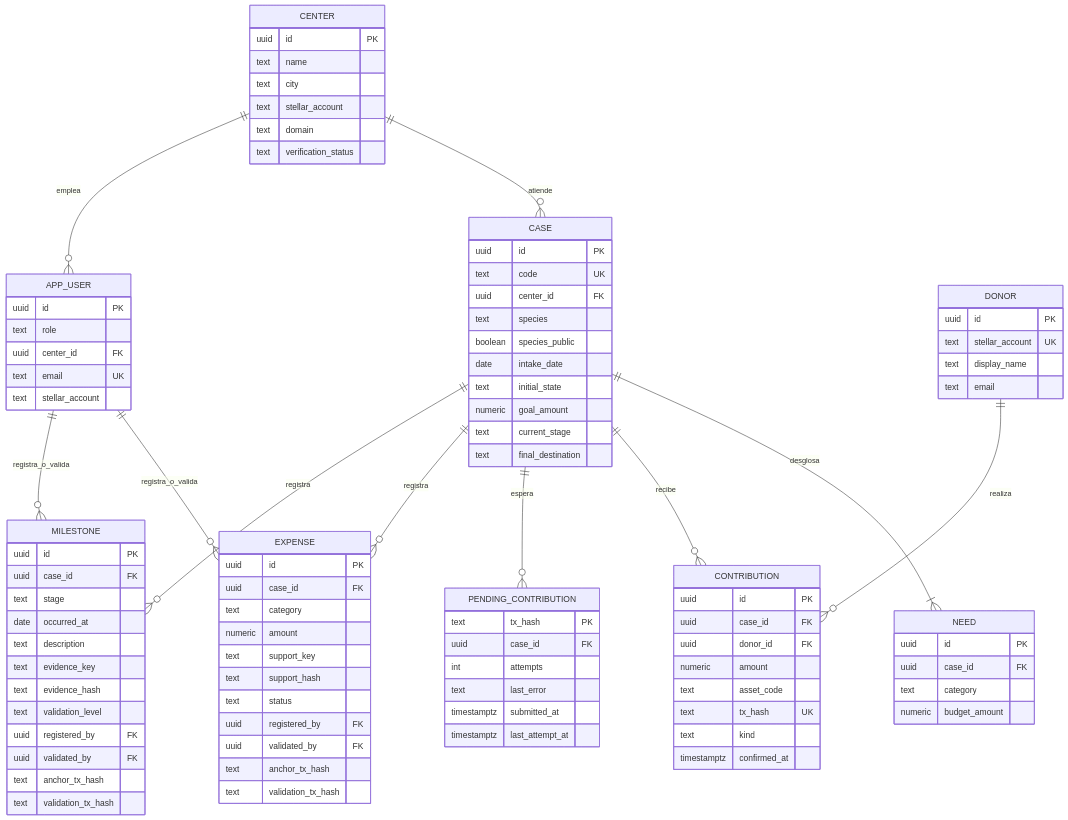
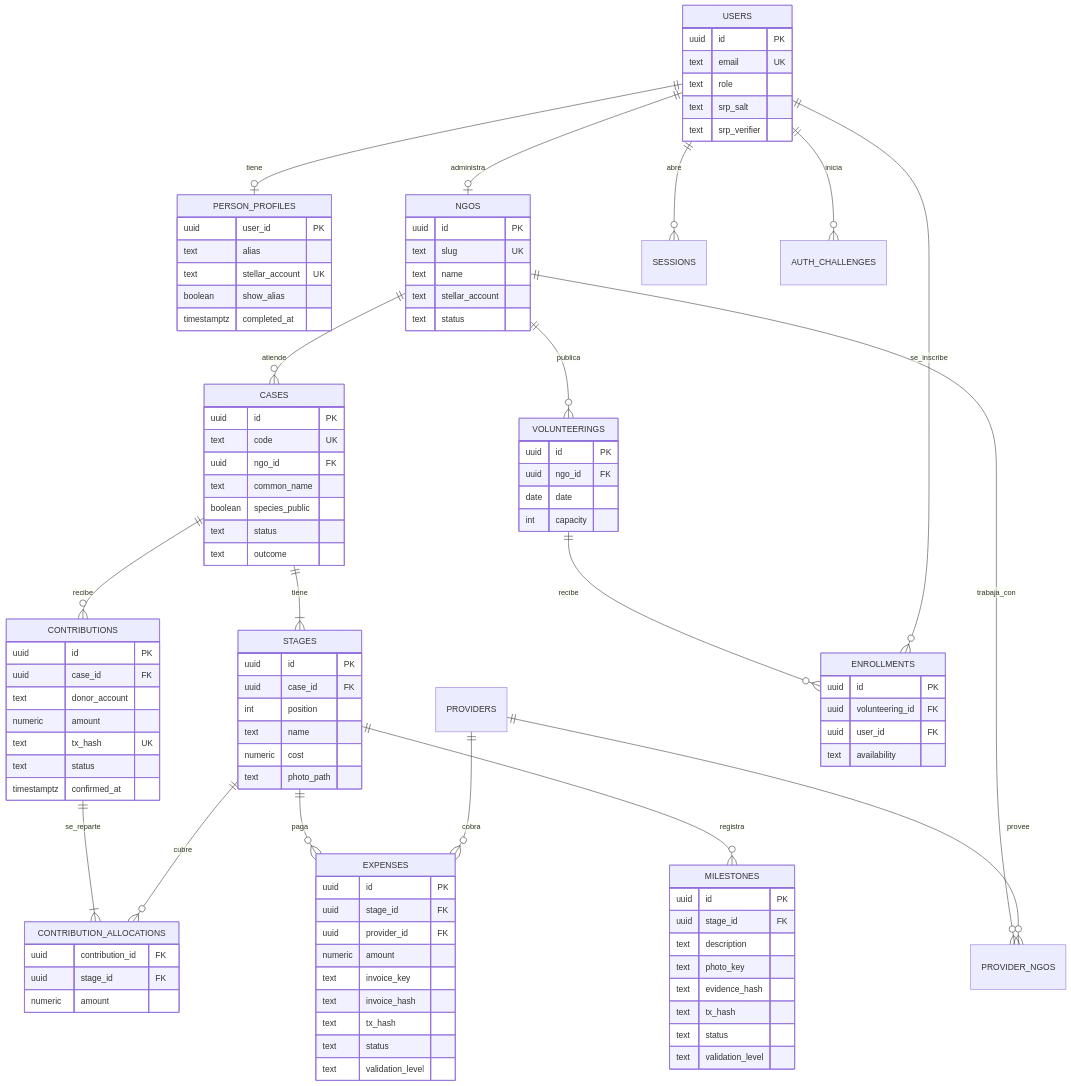
The second of 5 diagrams in docs/arquitectura/arquitectura.md (Javeriana-Blockchain/2026-II-proof-of-wild), drawn with Mermaid before and after one commit. The commit also changed other lines of this file and 2 other files, not shown here.

First line of the commit message:
docs(arquitectura): arquitectura, drivers y README al día con el código

````diff
--- a/docs/arquitectura/arquitectura.md
+++ b/docs/arquitectura/arquitectura.md
@@ -174,97 +201,105 @@
 ```mermaid
 erDiagram
-  CENTER ||--o{ CASE : atiende
-  CENTER ||--o{ APP_USER : emplea
-  CASE ||--|{ NEED : desglosa
-  CASE ||--o{ CONTRIBUTION : recibe
-  CASE ||--o{ PENDING_CONTRIBUTION : espera
-  DONOR ||--o{ CONTRIBUTION : realiza
-  CASE ||--o{ EXPENSE : registra
-  CASE ||--o{ MILESTONE : registra
-  APP_USER ||--o{ EXPENSE : registra_o_valida
-  APP_USER ||--o{ MILESTONE : registra_o_valida
-  CENTER {
+  USERS ||--o| PERSON_PROFILES : tiene
+  USERS ||--o| NGOS : administra
+  USERS ||--o{ SESSIONS : abre
+  USERS ||--o{ AUTH_CHALLENGES : inicia
+  NGOS ||--o{ CASES : atiende
+  NGOS ||--o{ VOLUNTEERINGS : publica
+  NGOS ||--o{ PROVIDER_NGOS : trabaja_con
+  PROVIDERS ||--o{ PROVIDER_NGOS : provee
+  CASES ||--|{ STAGES : tiene
+  CASES ||--o{ CONTRIBUTIONS : recibe
+  CONTRIBUTIONS ||--|{ CONTRIBUTION_ALLOCATIONS : se_reparte
+  STAGES ||--o{ CONTRIBUTION_ALLOCATIONS : cubre
+  STAGES ||--o{ EXPENSES : paga
+  STAGES ||--o{ MILESTONES : registra
+  PROVIDERS ||--o{ EXPENSES : cobra
+  VOLUNTEERINGS ||--o{ ENROLLMENTS : recibe
+  USERS ||--o{ ENROLLMENTS : se_inscribe
+  USERS {
     uuid id PK
+    text email UK
+    text role
+    text srp_salt
+    text srp_verifier
+  }
+  PERSON_PROFILES {
+    uuid user_id PK
+    text alias
+    text stellar_account UK
+    boolean show_alias
+    timestamptz completed_at
+  }
+  NGOS {
+    uuid id PK
+    text slug UK
     text name
-    text city
     text stellar_account
-    text domain
-    text verification_status
+    text status
   }
-  CASE {
+  CASES {
     uuid id PK
     text code UK
-    uuid center_id FK
-    text species
+    uuid ngo_id FK
+    text common_name
     boolean species_public
-    date intake_date
-    text initial_state
-    numeric goal_amount
-    text current_stage
-    text final_destination
+    text status
+    text outcome
   }
-  NEED {
+  STAGES {
     uuid id PK
     uuid case_id FK
-    text category
-    numeric budget_amount
+    int position
+    text name
+    numeric cost
+    text photo_path
   }
-  CONTRIBUTION {
+  CONTRIBUTIONS {
     uuid id PK
     uuid case_id FK
-    uuid donor_id FK
+    text donor_account
     numeric amount
-    text asset_code
     text tx_hash UK
-    text kind
+    text status
     timestamptz confirmed_at
   }
-  PENDING_CONTRIBUTION {
-    text tx_hash PK
-    uuid case_id FK
-    int attempts
-    text last_error
-    timestamptz submitted_at
-    timestamptz last_attempt_at
+  CONTRIBUTION_ALLOCATIONS {
+    uuid contribution_id FK
+    uuid stage_id FK
+    numeric amount
   }
-  EXPENSE {
+  EXPENSES {
     uuid id PK
-    uuid case_id FK
-    text category
+    uuid stage_id FK
+    uuid provider_id FK
     numeric amount
-    text support_key
-    text support_hash
+    text invoice_key
+    text invoice_hash
+    text tx_hash
     text status
-    uuid registered_by FK
-    uuid validated_by FK
-    text anchor_tx_hash
-    text validation_tx_hash
+    text validation_level
   }
-  MILESTONE {
+  MILESTONES {
     uuid id PK
-    uuid case_id FK
-    text stage
-    date occurred_at
+    uuid stage_id FK
     text description
-    text evidence_key
+    text photo_key
     text evidence_hash
+    text tx_hash
+    text status
     text validation_level
-    uuid registered_by FK
-    uuid validated_by FK
-    text anchor_tx_hash
-    text validation_tx_hash
   }
-  DONOR {
+  VOLUNTEERINGS {
     uuid id PK
-    text stellar_account UK
-    text display_name
-    text email
+    uuid ngo_id FK
+    date date
+    int capacity
   }
-  APP_USER {
+  ENROLLMENTS {
     uuid id PK
-    text role
-    uuid center_id FK
-    text email UK
-    text stellar_account
+    uuid volunteering_id FK
+    uuid user_id FK
+    text availability
   }
 ```
````
